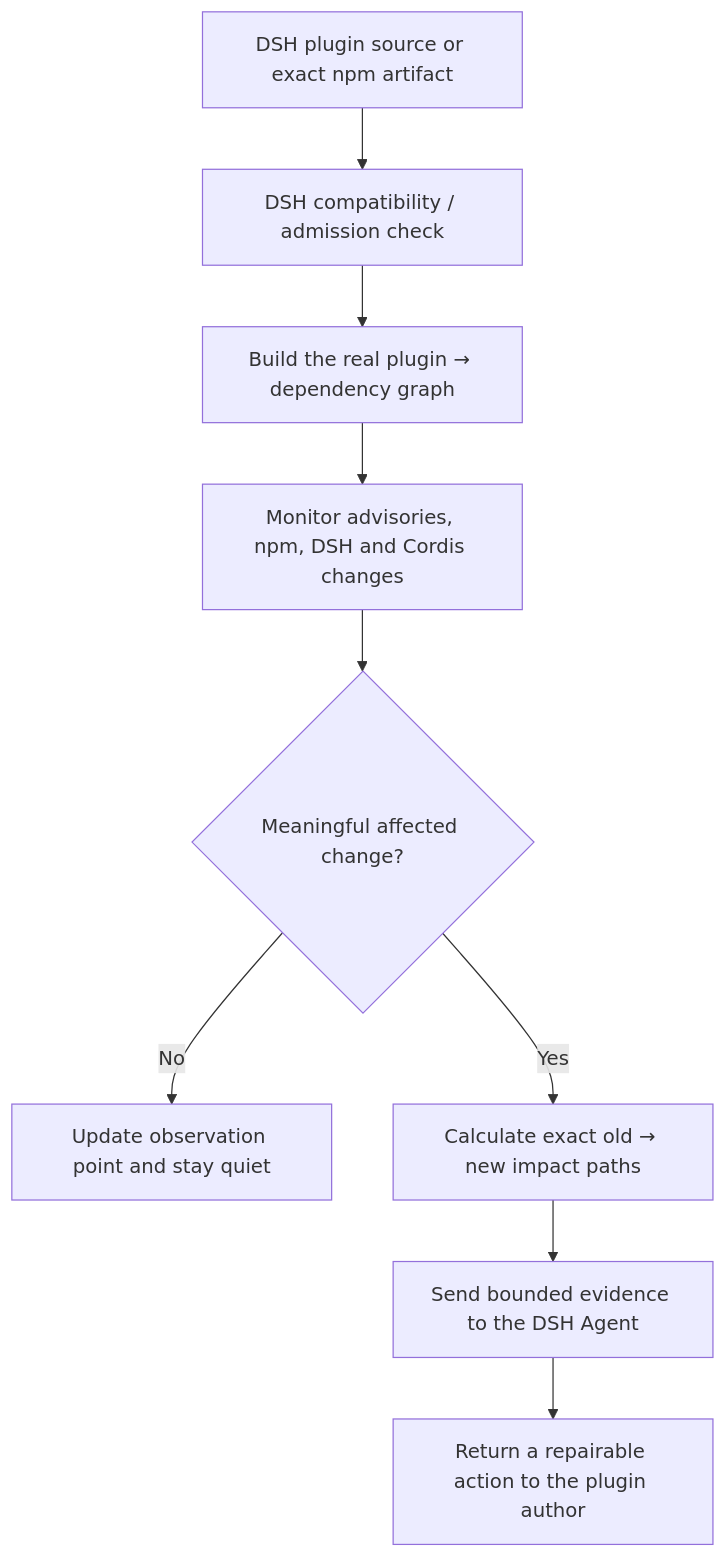
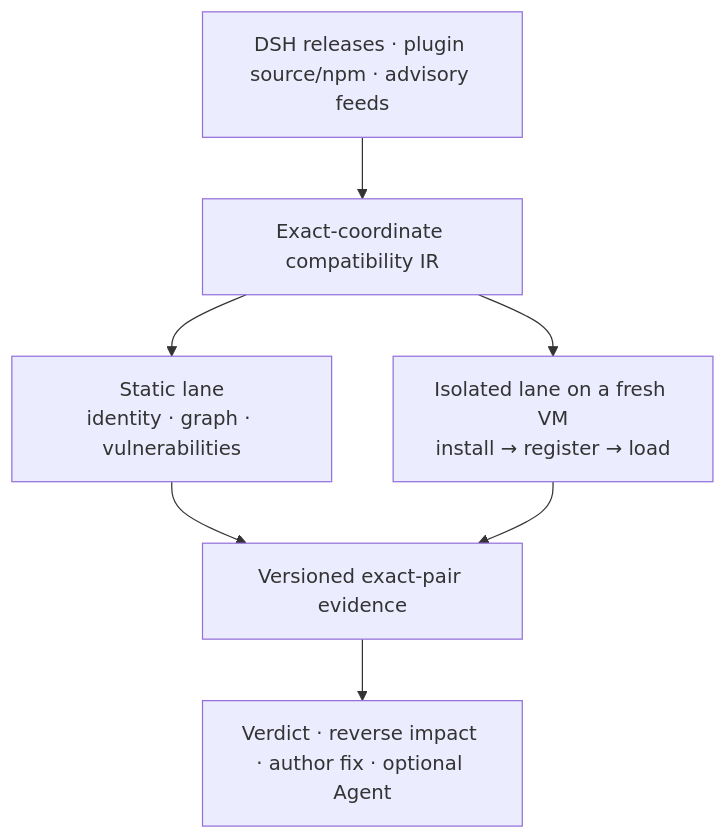
One commit to alexanderdcervantes-commits/dsh-hub changed the diagram in public/readmes/upstream-radar.md. Above: the diagram before and after it, drawn with Mermaid. The commit also changed other lines of this file and 306 other files, not shown here.

````diff
--- a/public/readmes/upstream-radar.md
+++ b/public/readmes/upstream-radar.md
@@ -22,11 +24,9 @@
 ```mermaid
-flowchart TD
-  A["DSH plugin source or exact npm artifact"] --> B["DSH compatibility / admission check"]
-  B --> C["Build the real plugin → dependency graph"]
-  C --> D["Monitor advisories, npm, DSH and Cordis changes"]
-  D --> E{"Meaningful affected change?"}
-  E -- "No" --> F["Update observation point and stay quiet"]
-  E -- "Yes" --> G["Calculate exact old → new impact paths"]
-  G --> H["Send bounded evidence to the DSH Agent"]
-  H --> I["Return a repairable action to the plugin author"]
+flowchart TB
+  Input["DSH releases · plugin source/npm · advisory feeds"] --> IR["Exact-coordinate compatibility IR"]
+  IR --> Static["Static lane<br/>identity · graph · vulnerabilities"]
+  IR --> Runtime["Isolated lane on a fresh VM<br/>install → register → load"]
+  Static --> Evidence["Versioned exact-pair evidence"]
+  Runtime --> Evidence
+  Evidence --> Action["Verdict · reverse impact · author fix · optional Agent"]
 ```
````
